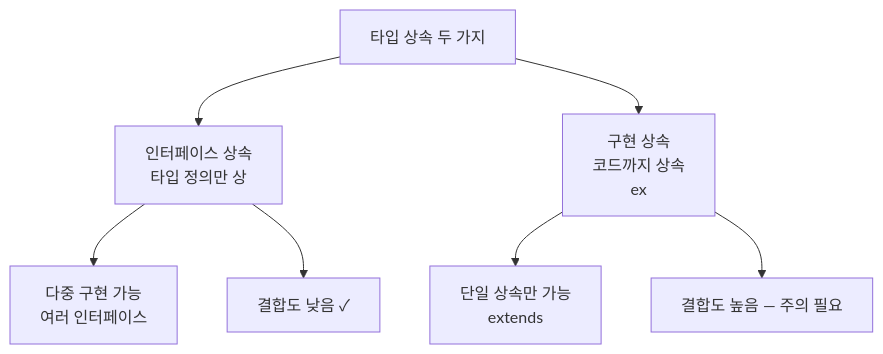
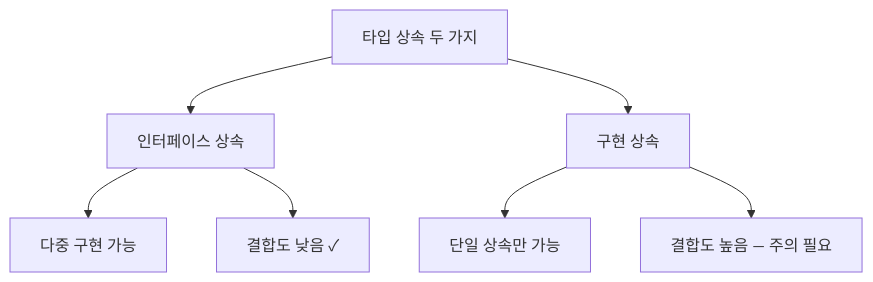
One commit to yjkim2015/yjkim2015.github.io changed the first of 6 diagrams in _posts/java/2021-11-14-java-objects2.md. Above: the diagram before and after it, drawn with Mermaid. The commit also changed other lines of this file and 217 other files, not shown here.

First line of the commit message:
Mermaid 크기 수정: useMaxWidth:true + SVG max-width:100% + 라벨 축소

````diff
--- a/_posts/java/2021-11-14-java-objects2.md
+++ b/_posts/java/2021-11-14-java-objects2.md
@@ -22,9 +22,9 @@
 ```mermaid
 graph TD
-    A["타입 상속 두 가지"] --> B["인터페이스 상속\n타입 정의만 상"]
-    A --> C["구현 상속\n코드까지 상속\nex"]
-    B --> B1["다중 구현 가능\n여러 인터페이스"]
+    A["타입 상속 두 가지"] --> B["인터페이스 상속"]
+    A --> C["구현 상속"]
+    B --> B1["다중 구현 가능"]
     B --> B2["결합도 낮음 ✓"]
-    C --> C1["단일 상속만 가능\nextends"]
+    C --> C1["단일 상속만 가능"]
     C --> C2["결합도 높음 — 주의 필요"]
 ```
````
